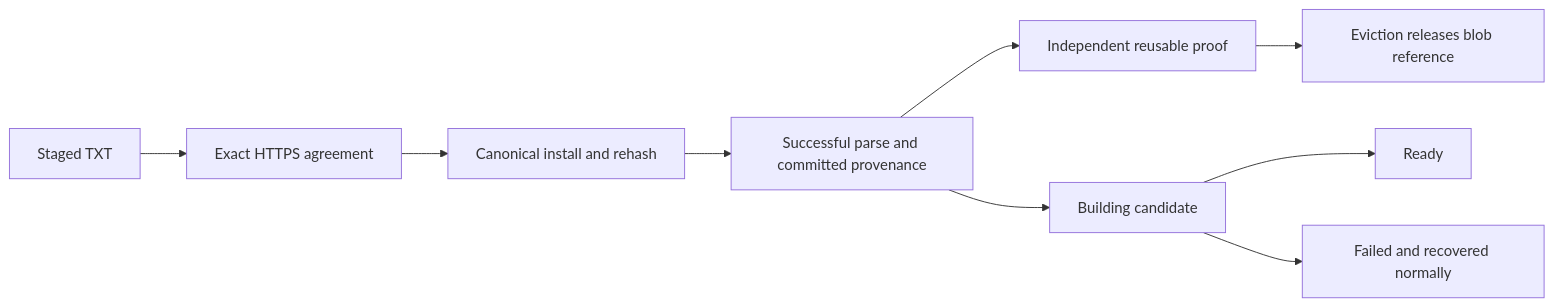
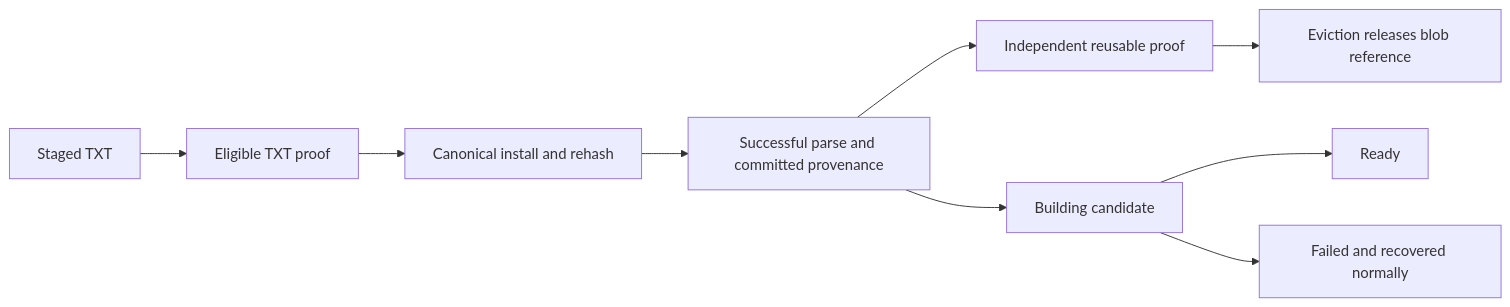
One commit to PublicData-stream/rfc-mcp-docker changed the second of 2 diagrams in docs/ingestion.md. Above: the diagram before and after it, drawn with Mermaid. The commit also changed other lines of this file and 23 other files, not shown here.

````diff
--- a/docs/ingestion.md
+++ b/docs/ingestion.md
@@ -67,11 +74,11 @@
 ```mermaid
 flowchart LR
-    A[Staged TXT] --> B[Exact HTTPS agreement]
+    A[Staged TXT] --> B[Eligible TXT proof]
     B --> C[Canonical install and rehash]
     C --> D[Successful parse and committed provenance]
     D --> E[Independent reusable proof]
     D --> F[Building candidate]
     F --> G[Ready]
     F --> H[Failed and recovered normally]
     E --> I[Eviction releases blob reference]
 ```
````
